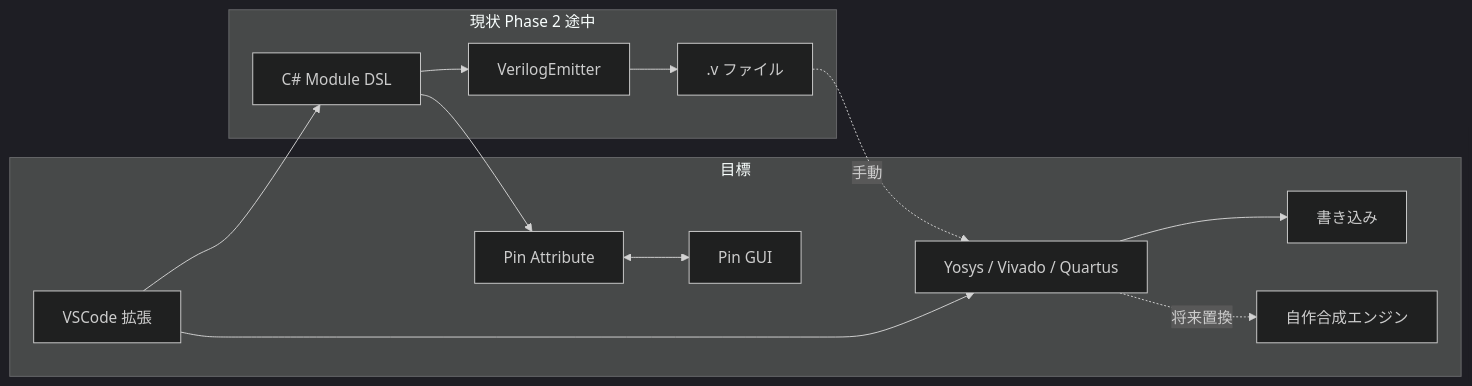
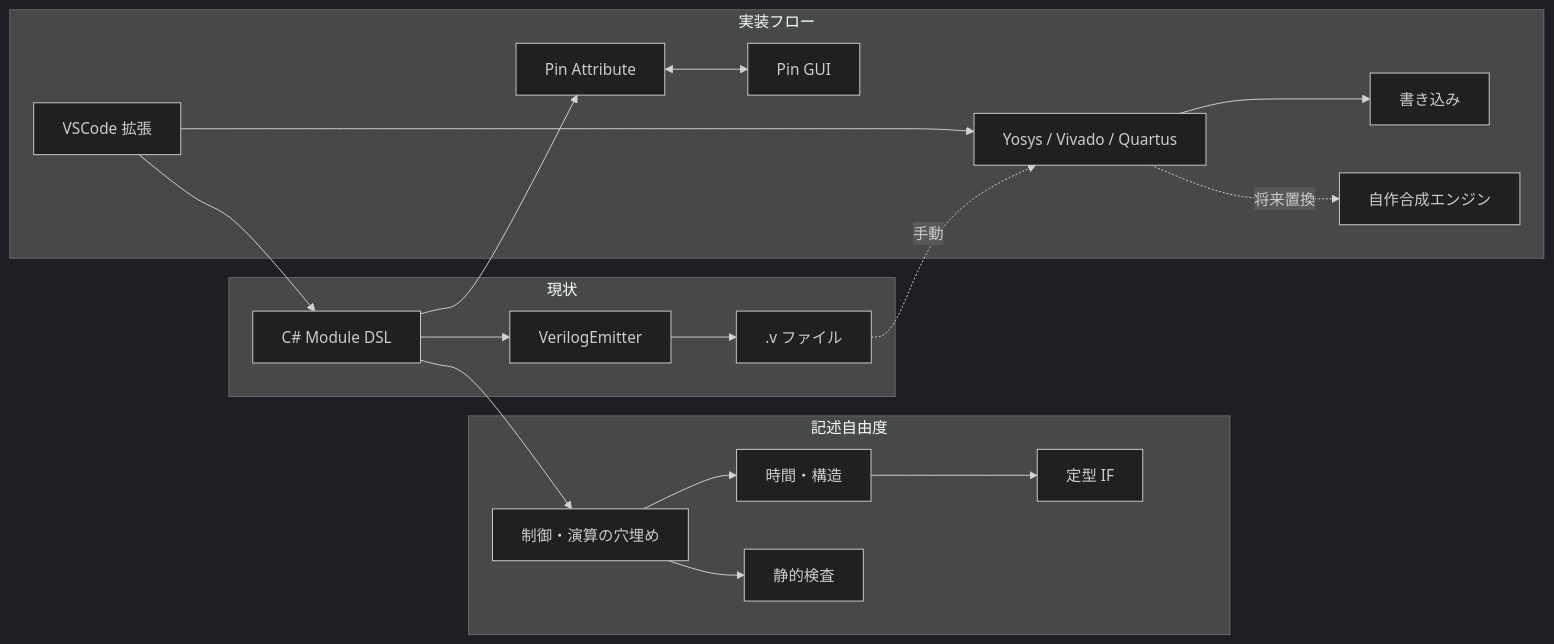
Before and after one commit to yukari6559/CsharpHdl: the first of 5 diagrams in docs/long-term-plan.md, drawn with Mermaid (dark theme). The commit also changed other lines of this file, not shown here.

Commit message:
Document DSL expressiveness track alongside tooling phases.

````diff
--- a/docs/long-term-plan.md
+++ b/docs/long-term-plan.md
@@ -25,23 +36,31 @@
 ```mermaid
 flowchart LR
-    subgraph now [現状 Phase 2 途中]
+    subgraph now [現状]
         CSharp[C# Module DSL]
         Emit[VerilogEmitter]
         VFile[.v ファイル]
     end
-    subgraph future [目標]
+    subgraph dsl [記述自由度]
+        L1[制御・演算の穴埋め]
+        L2[時間・構造]
+        L3[定型 IF]
+        L4[静的検査]
+    end
+    subgraph future [実装フロー]
         VSCode[VSCode 拡張]
         Attr[Pin Attribute]
         GUI[Pin GUI]
         Backends[Yosys / Vivado / Quartus]
         Flash[書き込み]
         Custom[自作合成エンジン]
     end
     CSharp --> Emit --> VFile
+    CSharp --> L1 --> L2 --> L3
+    L1 --> L4
     VFile -.->|"手動"| Backends
     CSharp --> Attr
     Attr <--> GUI
     VSCode --> CSharp
     VSCode --> Backends --> Flash
     Backends -.->|"将来置換"| Custom
 ```
````
